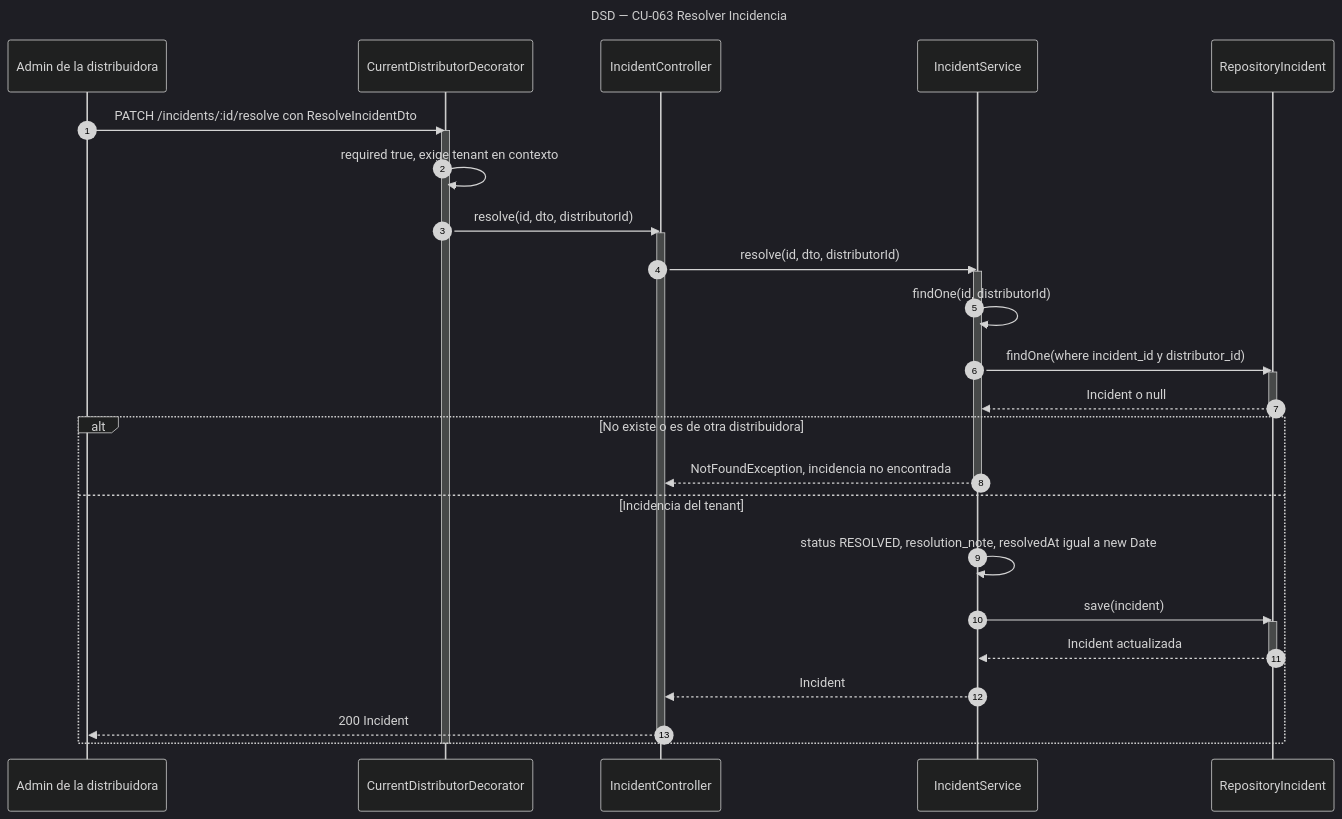
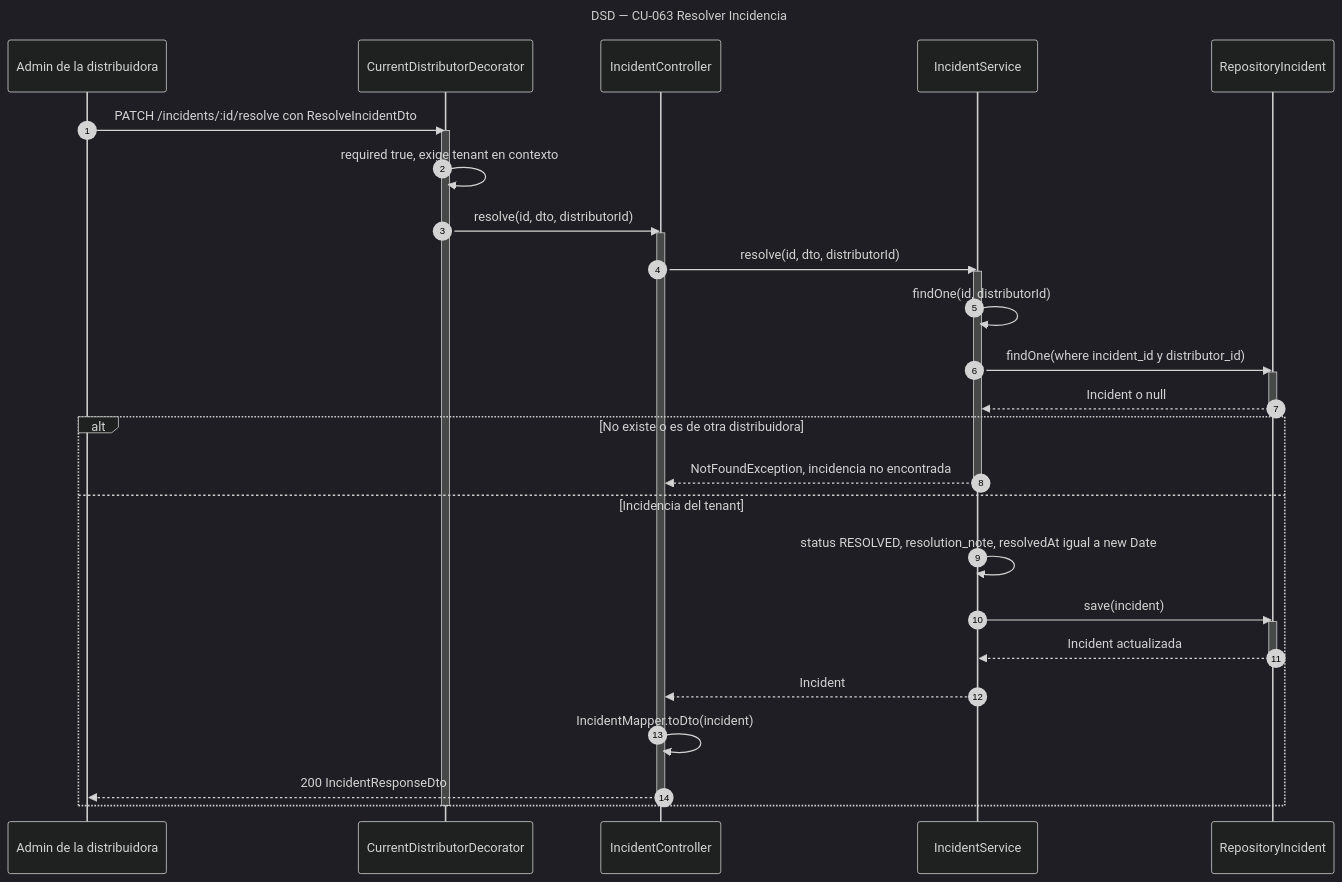
The diagram in diagramas/DSD_CU-063_Resolver-Incidencia.mmd (Nahuelito-Dev/splg-docs), drawn with Mermaid (dark theme) before and after one commit. The commit also changed 5 other files, not shown here.

Commit message:
docs(dsd): incidencias con IncidentResponseDto y el pedido por OrderService

```diff
--- a/diagramas/DSD_CU-063_Resolver-Incidencia.mmd
+++ b/diagramas/DSD_CU-063_Resolver-Incidencia.mmd
@@ -1,35 +1,36 @@
 sequenceDiagram
     title DSD — CU-063 Resolver Incidencia
     autonumber
     participant ADM as Admin de la distribuidora
     participant DEC as CurrentDistributorDecorator
     participant CTRL as IncidentController
     participant SRV as IncidentService
     participant IREP as RepositoryIncident
 
     ADM->>DEC: PATCH /incidents/:id/resolve con ResolveIncidentDto
     activate DEC
     DEC->>DEC: required true, exige tenant en contexto
     DEC->>CTRL: resolve(id, dto, distributorId)
     activate CTRL
     CTRL->>SRV: resolve(id, dto, distributorId)
     activate SRV
     SRV->>SRV: findOne(id, distributorId)
     SRV->>IREP: findOne(where incident_id y distributor_id)
     activate IREP
     IREP-->>SRV: Incident o null
     deactivate IREP
     alt No existe o es de otra distribuidora
         SRV-->>CTRL: NotFoundException, incidencia no encontrada
         deactivate SRV
     else Incidencia del tenant
         SRV->>SRV: status RESOLVED, resolution_note, resolvedAt igual a new Date
         SRV->>IREP: save(incident)
         activate IREP
         IREP-->>SRV: Incident actualizada
         deactivate IREP
         SRV-->>CTRL: Incident
-        CTRL-->>ADM: 200 Incident
+        CTRL->>CTRL: IncidentMapper.toDto(incident)
+        CTRL-->>ADM: 200 IncidentResponseDto
         deactivate CTRL
     end
     deactivate DEC
```
